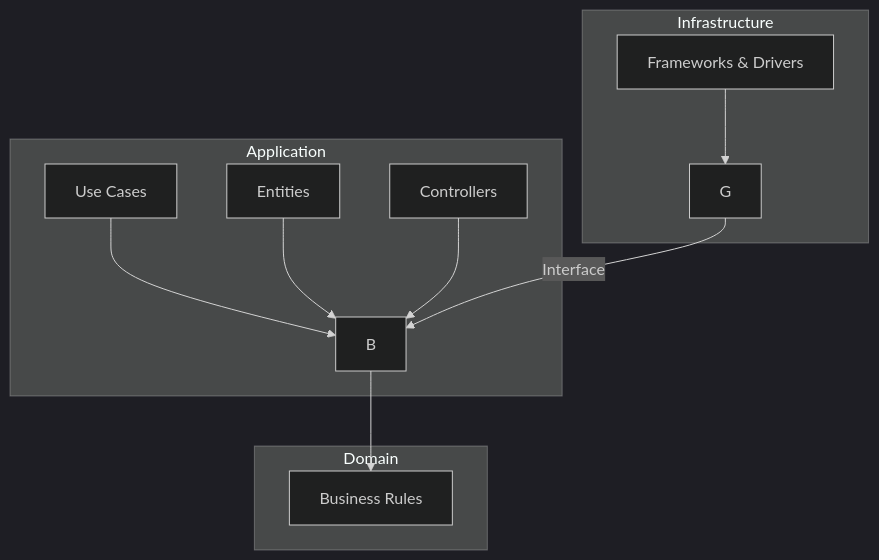
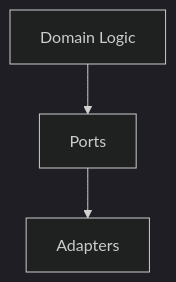
Before and after one commit to Tan-Software/architecture-hexagonale: the fourth of 7 diagrams in README.md, drawn with Mermaid (dark theme). The commit also changed other lines of this file, not shown here.

````diff
--- a/README.md
+++ b/README.md
@@ -109,15 +113,11 @@
 ```mermaid
 graph TD
-subgraph Application
-A[Use Cases] -->B
-C[Entities] --> B
-D[Controllers] --> B
-end
-subgraph Infrastructure
-F[Frameworks & Drivers] -->G
-G -->|Interface| B
-end
-subgraph Domain
-B --> H[Business Rules]
-end
+A[Domain Logic]
+B[Ports]
+C[Adapters]
+
+A --> B
+B --> C
+
+
 ```
````
